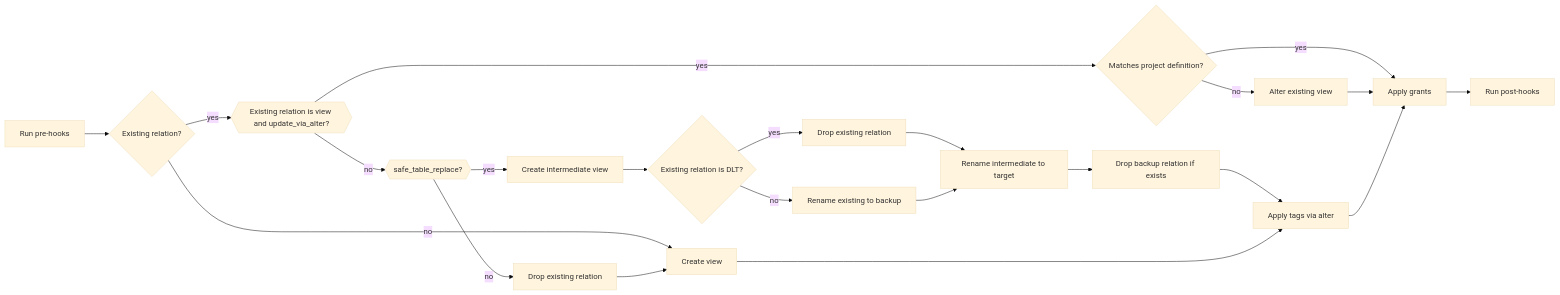
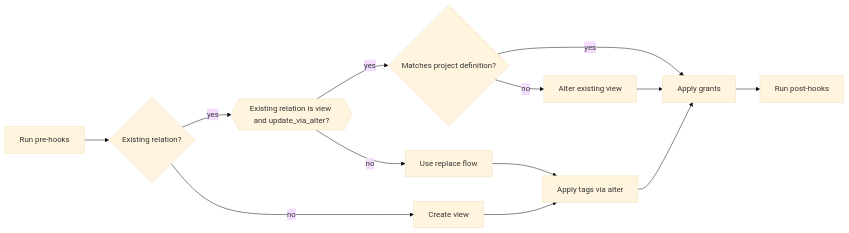
The second of 2 diagrams in docs/view_flow.md (databricks/dbt-databricks), drawn with Mermaid (base theme) before and after one commit. The commit also changed other lines of this file and 19 other files, not shown here.

Commit message:
rewritten to take advantage of replace flow

````diff
--- a/docs/view_flow.md
+++ b/docs/view_flow.md
@@ -27,41 +29,25 @@
 ```mermaid
 flowchart LR
     PRE[Run pre-hooks]
-    DROP[Drop existing relation]
-    DROP2[Drop backup relation if exists]
-    DROPALT[Drop existing relation]
     ALTER[Alter existing view]
-    INT[Create intermediate view]
-    BACKUP[Rename existing to backup]
-    PROMOTE[Rename intermediate to target]
     CREATE[Create view]
     GRANTS[Apply grants]
     TAGS[Apply tags via alter]
     POST[Run post-hooks]
-    F1{{safe_table_replace?}}
+    REPLACE_FLOW[Use replace flow]
     D1{Existing relation?}
     D2{{Existing relation is view and update_via_alter?}}
-    D3{Existing relation is DLT?}
     D4{Matches project definition?}
     PRE-->D1
     D1--yes-->D2
     D1--"no"-->CREATE
     D2--yes-->D4
-    D2--"no"-->F1
-    F1--"no"-->DROP
-    F1--yes-->INT
-    D3--yes-->DROPALT
-    DROPALT-->PROMOTE
-    INT-->D3
-    D3--"no"-->BACKUP
-    BACKUP-->PROMOTE
-    PROMOTE-->DROP2
-    DROP2-->TAGS
+    D2--"no"-->REPLACE_FLOW
+    REPLACE_FLOW-->TAGS
     D4--yes-->GRANTS
     D4--"no"-->ALTER
     ALTER-->GRANTS
-    DROP-->CREATE
     CREATE-->TAGS
     TAGS-->GRANTS
     GRANTS-->POST
 ```
````
